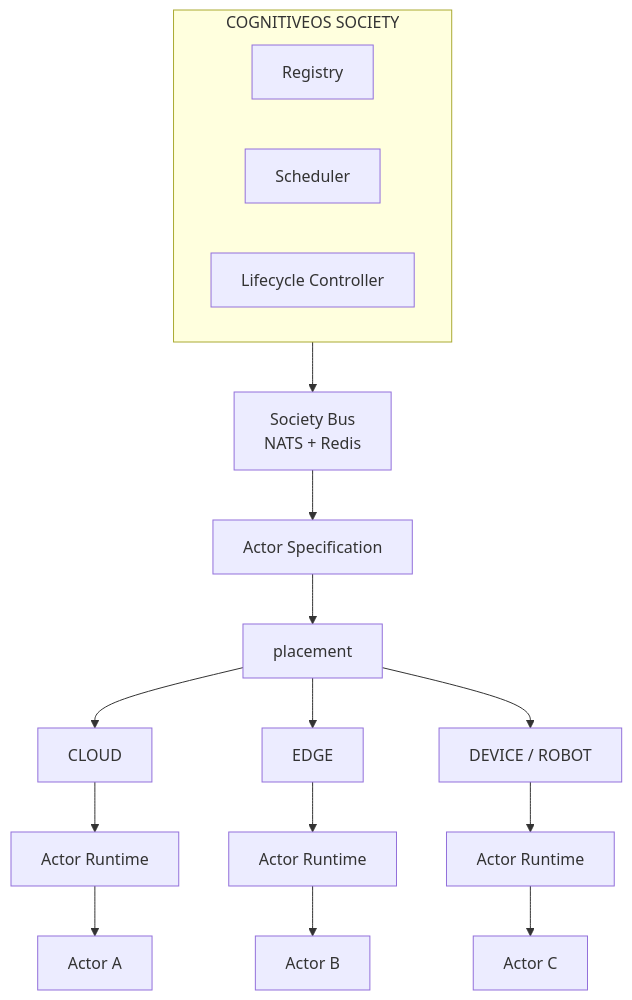
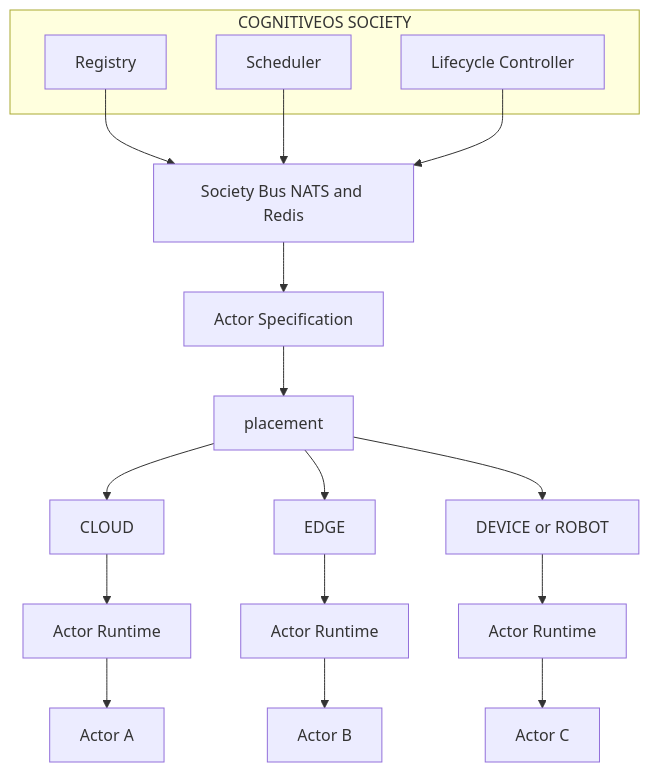
One commit to monkeypatched-stack/cogitive-os changed the eighth of 22 diagrams in docs/DIAGRAMS.md. Above: the diagram before and after it, drawn with Mermaid. The commit also changed other lines of this file, not shown here.

Commit message:
adding diagrams

````diff
--- a/docs/DIAGRAMS.md
+++ b/docs/DIAGRAMS.md
@@ -305,20 +337,36 @@
 ```mermaid
-graph TB
-    subgraph Society["COGNITIVEOS SOCIETY"]
+flowchart TB
+    subgraph socGrp["COGNITIVEOS SOCIETY"]
         Reg["Registry"]
         Sched["Scheduler"]
         LC["Lifecycle Controller"]
     end
-    Society --> Bus["Society Bus<br/>NATS + Redis"]
-    Bus --> Spec["Actor Specification"]
-    Spec --> Place["placement"]
-    Place --> Cloud["CLOUD"]
-    Place --> Edge["EDGE"]
-    Place --> Device["DEVICE / ROBOT"]
-    Cloud --> RT1["Actor Runtime"]
-    Edge --> RT2["Actor Runtime"]
-    Device --> RT3["Actor Runtime"]
-    RT1 --> A["Actor A"]
-    RT2 --> B["Actor B"]
-    RT3 --> C["Actor C"]
+
+    Bus["Society Bus NATS and Redis"]
+    Spec["Actor Specification"]
+    Place["placement"]
+    Cloud["CLOUD"]
+    Edge["EDGE"]
+    Device["DEVICE or ROBOT"]
+    RT1["Actor Runtime"]
+    RT2["Actor Runtime"]
+    RT3["Actor Runtime"]
+    ActA["Actor A"]
+    ActB["Actor B"]
+    ActC["Actor C"]
+
+    Reg --> Bus
+    Sched --> Bus
+    LC --> Bus
+    Bus --> Spec
+    Spec --> Place
+    Place --> Cloud
+    Place --> Edge
+    Place --> Device
+    Cloud --> RT1
+    Edge --> RT2
+    Device --> RT3
+    RT1 --> ActA
+    RT2 --> ActB
+    RT3 --> ActC
 ```
````
